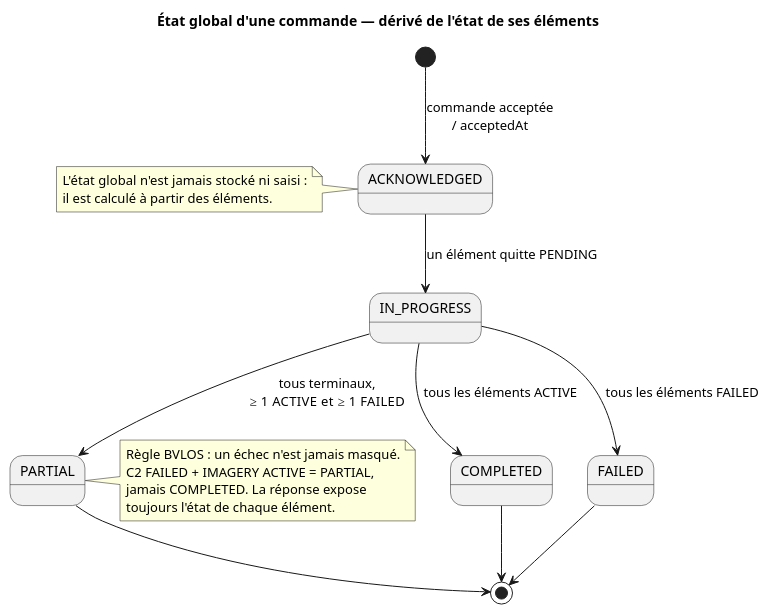
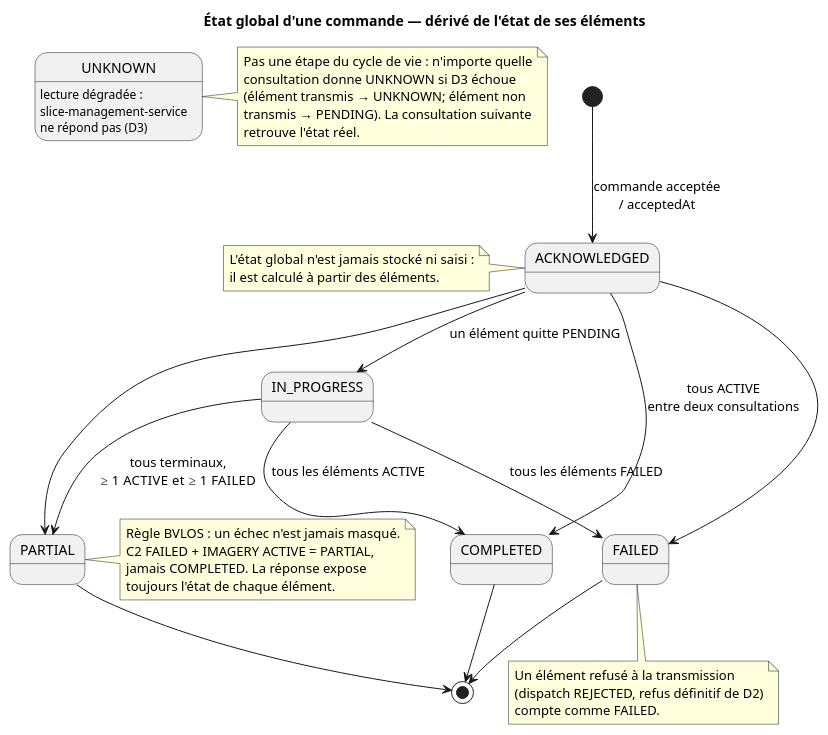
Before and after one commit to COGvc/LOG430-Projet2: the diagram in docs/diagrams/etats-commande.puml, drawn with PlantUML. The commit also changed 4 other files, not shown here.

Commit message:
Changements dans des diagrammes

```diff
--- a/docs/diagrams/etats-commande.puml
+++ b/docs/diagrams/etats-commande.puml
@@ -1,26 +1,45 @@
 @startuml etats-commande
 title État global d'une commande — dérivé de l'état de ses éléments
 
 [*] --> ACKNOWLEDGED : commande acceptée\n/ acceptedAt
 
 ACKNOWLEDGED --> IN_PROGRESS : un élément quitte PENDING
 IN_PROGRESS --> COMPLETED : tous les éléments ACTIVE
 IN_PROGRESS --> PARTIAL : tous terminaux,\n≥ 1 ACTIVE et ≥ 1 FAILED
 IN_PROGRESS --> FAILED : tous les éléments FAILED
 
+ACKNOWLEDGED --> COMPLETED : tous ACTIVE\nentre deux consultations
+ACKNOWLEDGED --> PARTIAL
+ACKNOWLEDGED --> FAILED
+
 COMPLETED --> [*]
 PARTIAL --> [*]
 FAILED --> [*]
+
+state UNKNOWN : lecture dégradée :\nslice-management-service\nne répond pas (D3)
+note right of UNKNOWN
+  Pas une étape du cycle de vie : n'importe quelle
+  consultation donne UNKNOWN si D3 échoue
+  (élément transmis → UNKNOWN; élément non
+  transmis → PENDING). La consultation suivante
+  retrouve l'état réel.
+end note
+
+note bottom of FAILED
+  Un élément refusé à la transmission
+  (dispatch REJECTED, refus définitif de D2)
+  compte comme FAILED.
+end note
 
 note right of PARTIAL
   Règle BVLOS : un échec n'est jamais masqué.
   C2 FAILED + IMAGERY ACTIVE = PARTIAL,
   jamais COMPLETED. La réponse expose
   toujours l'état de chaque élément.
 end note
 
 note left of ACKNOWLEDGED
   L'état global n'est jamais stocké ni saisi :
   il est calculé à partir des éléments.
 end note
 @enduml
```
